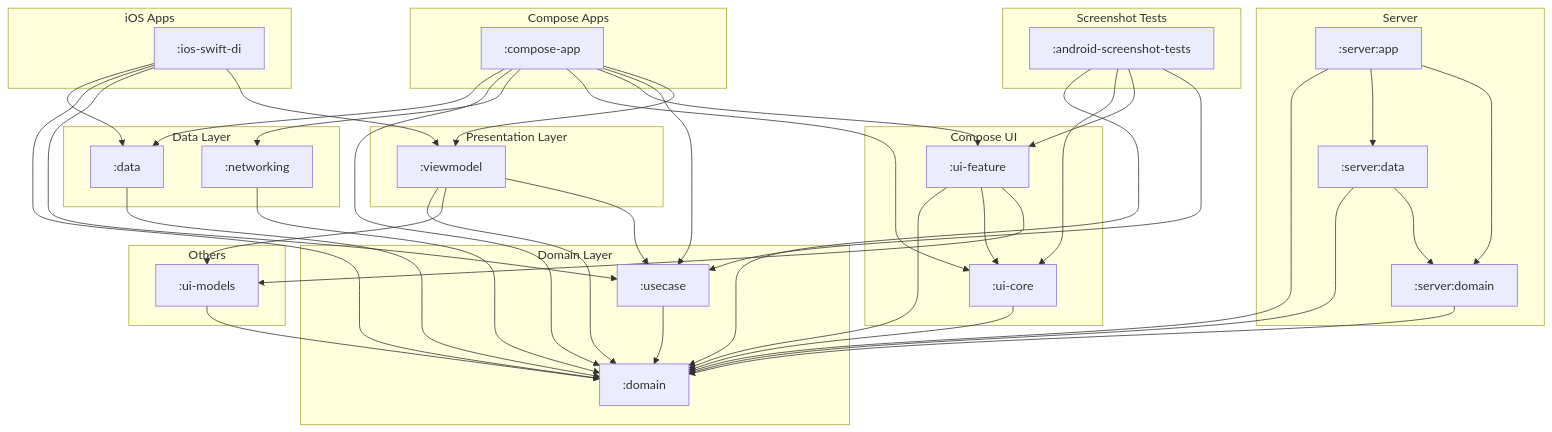
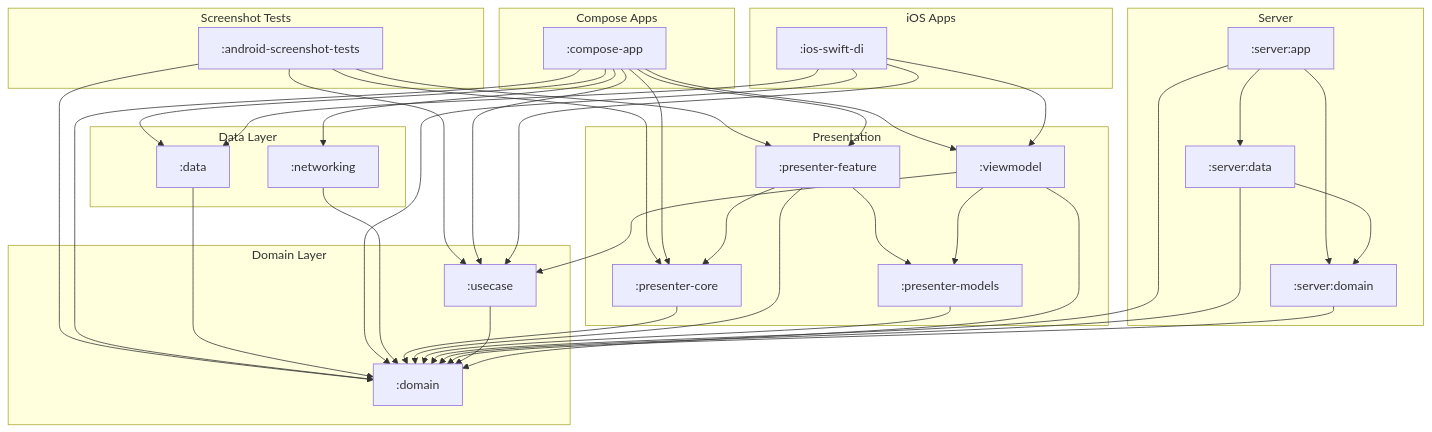
Before and after one commit to cartland/battery-butler: the diagram in docs/diagrams/kotlin_module_structure.mmd, drawn with Mermaid. The commit also changed 6 other files, not shown here.

Commit message:
Test: Add domain layer tests and missing test dependencies

```diff
--- a/docs/diagrams/kotlin_module_structure.mmd
+++ b/docs/diagrams/kotlin_module_structure.mmd
@@ -1,87 +1,81 @@
 graph TD
     subgraph "Screenshot Tests"
         AndroidScreenshotTests[":android-screenshot-tests"]
     end
 
     subgraph "iOS Apps"
         IosSwiftDi[":ios-swift-di"]
     end
 
     subgraph "Compose Apps"
         ComposeApp[":compose-app"]
     end
 
     subgraph "Server"
         ServerApp[":server:app"]
         ServerData[":server:data"]
         ServerDomain[":server:domain"]
     end
 
-    subgraph "Compose UI"
-        UiCore[":ui-core"]
-        UiFeature[":ui-feature"]
-    end
-
-    subgraph "Presentation Layer"
+    subgraph "Presentation"
+        PresenterCore[":presenter-core"]
+        PresenterFeature[":presenter-feature"]
+        PresenterModels[":presenter-models"]
         Viewmodel[":viewmodel"]
     end
 
     subgraph "Domain Layer"
         Domain[":domain"]
         Usecase[":usecase"]
     end
 
     subgraph "Data Layer"
         Data[":data"]
         Networking[":networking"]
     end
 
-    subgraph "Others"
-        UiModels[":ui-models"]
-    end
-
     %% Dependencies
     AndroidScreenshotTests --> Domain
-    AndroidScreenshotTests --> UiCore
-    AndroidScreenshotTests --> UiFeature
+    AndroidScreenshotTests --> PresenterCore
+    AndroidScreenshotTests --> PresenterFeature
     AndroidScreenshotTests --> Usecase
 
     ComposeApp --> Data
     ComposeApp --> Domain
     ComposeApp --> Networking
-    ComposeApp --> UiCore
-    ComposeApp --> UiFeature
+    ComposeApp --> PresenterCore
+    ComposeApp --> PresenterFeature
     ComposeApp --> Usecase
     ComposeApp --> Viewmodel
 
     Data --> Domain
 
     IosSwiftDi --> Data
     IosSwiftDi --> Domain
     IosSwiftDi --> Usecase
     IosSwiftDi --> Viewmodel
 
     Networking --> Domain
 
+    PresenterCore --> Domain
+
+    PresenterFeature --> Domain
+    PresenterFeature --> PresenterCore
+    PresenterFeature --> PresenterModels
+
+    PresenterModels --> Domain
+
     ServerApp --> Domain
     ServerApp --> ServerData
     ServerApp --> ServerDomain
 
     ServerData --> Domain
     ServerData --> ServerDomain
 
     ServerDomain --> Domain
 
-    UiCore --> Domain
-
-    UiFeature --> Domain
-    UiFeature --> UiCore
-    UiFeature --> UiModels
-
-    UiModels --> Domain
-
     Usecase --> Domain
 
     Viewmodel --> Domain
-    Viewmodel --> UiModels
+    Viewmodel --> PresenterModels
     Viewmodel --> Usecase
```
